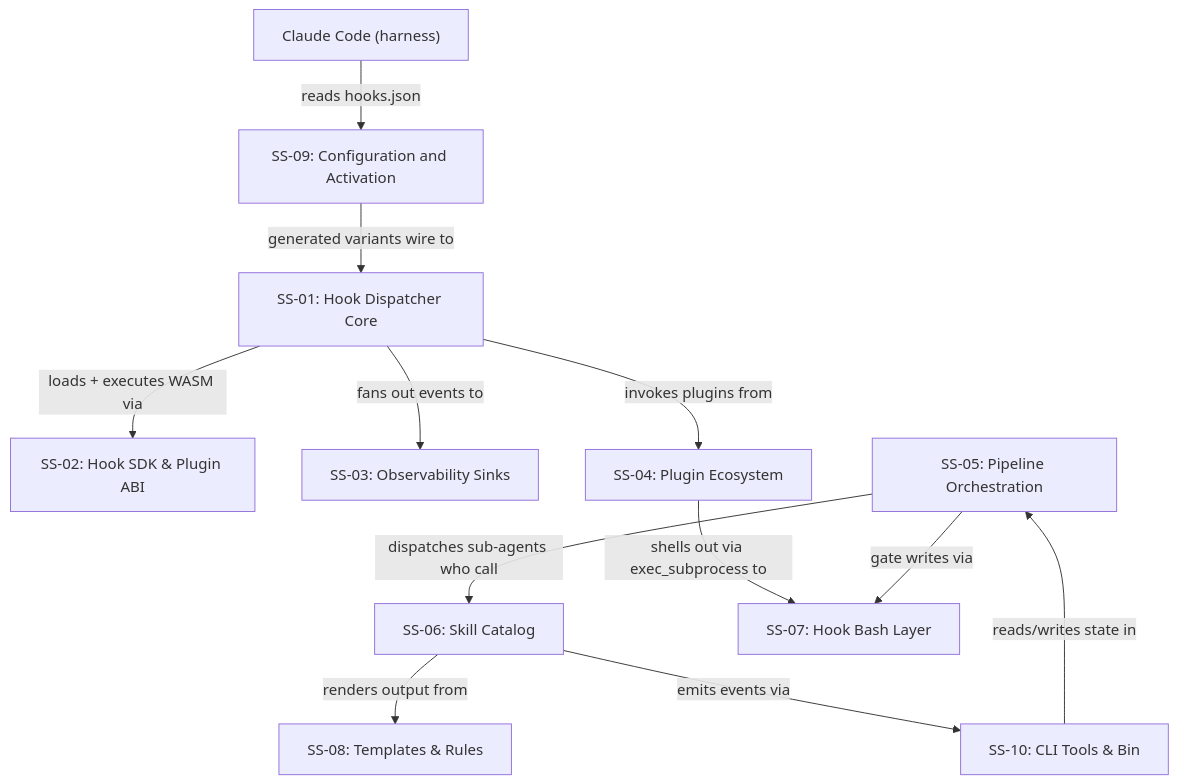
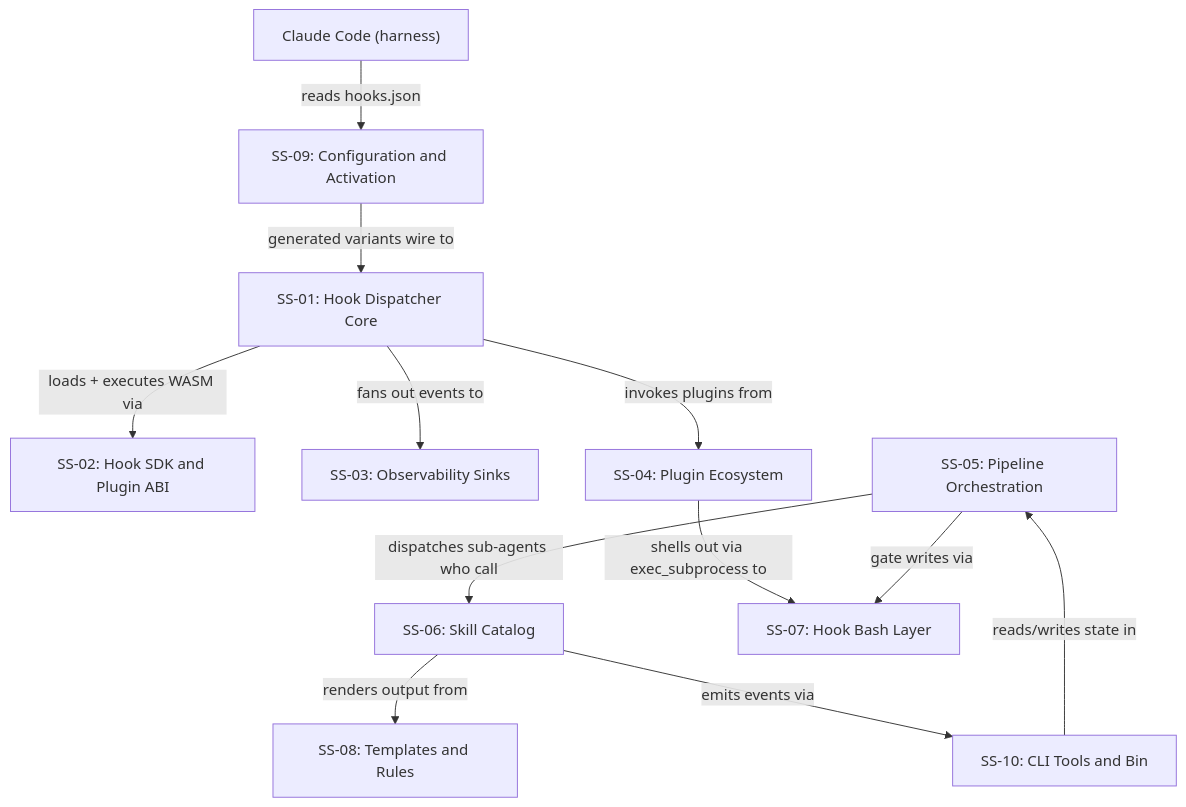
One commit to drbothen/vsdd-factory changed the diagram in specs/architecture/ARCH-INDEX.md. Above: the diagram before and after it, drawn with Mermaid. The commit also changed 7 other files, not shown here.

````diff
--- a/specs/architecture/ARCH-INDEX.md
+++ b/specs/architecture/ARCH-INDEX.md
@@ -103,26 +103,26 @@
 ```mermaid
 graph TD
     CC["Claude Code (harness)"]
     SS09["SS-09: Configuration and Activation"]
     SS01["SS-01: Hook Dispatcher Core"]
-    SS02["SS-02: Hook SDK & Plugin ABI"]
+    SS02["SS-02: Hook SDK and Plugin ABI"]
     SS03["SS-03: Observability Sinks"]
     SS04["SS-04: Plugin Ecosystem"]
     SS05["SS-05: Pipeline Orchestration"]
     SS06["SS-06: Skill Catalog"]
     SS07["SS-07: Hook Bash Layer"]
-    SS08["SS-08: Templates & Rules"]
-    SS10["SS-10: CLI Tools & Bin"]
+    SS08["SS-08: Templates and Rules"]
+    SS10["SS-10: CLI Tools and Bin"]
 
     CC -->|"reads hooks.json"| SS09
     SS09 -->|"generated variants wire to"| SS01
     SS01 -->|"loads + executes WASM via"| SS02
     SS01 -->|"fans out events to"| SS03
     SS01 -->|"invokes plugins from"| SS04
     SS04 -->|"shells out via exec_subprocess to"| SS07
     SS05 -->|"dispatches sub-agents who call"| SS06
     SS05 -->|"gate writes via"| SS07
     SS06 -->|"renders output from"| SS08
     SS06 -->|"emits events via"| SS10
     SS10 -->|"reads/writes state in"| SS05
 ```
````
